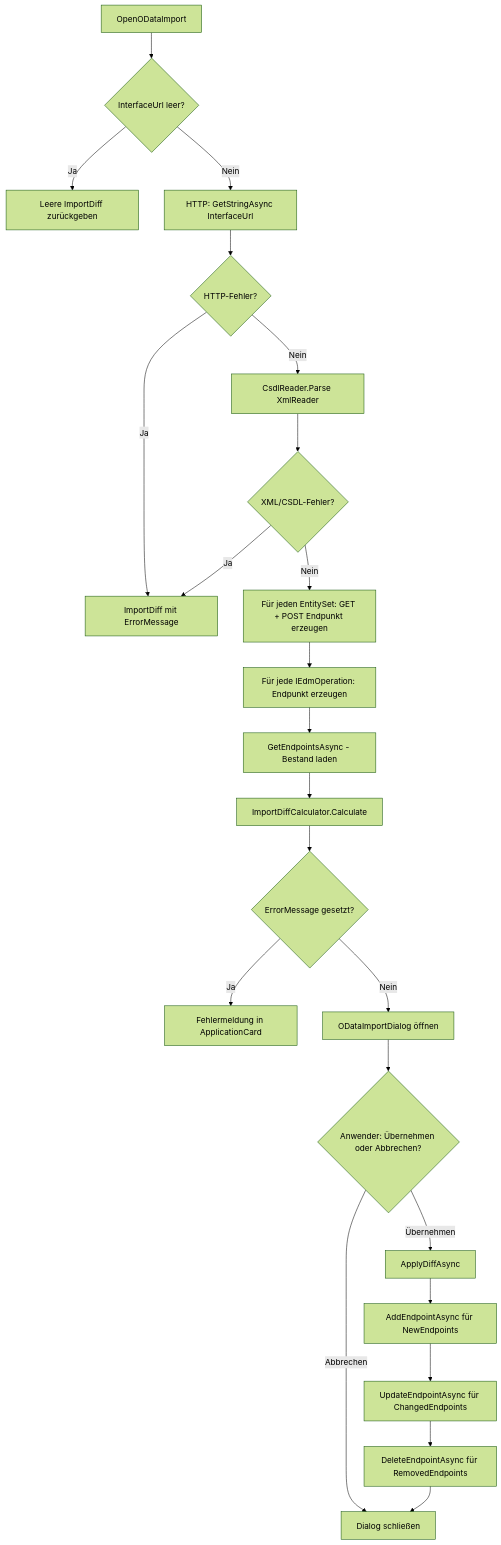
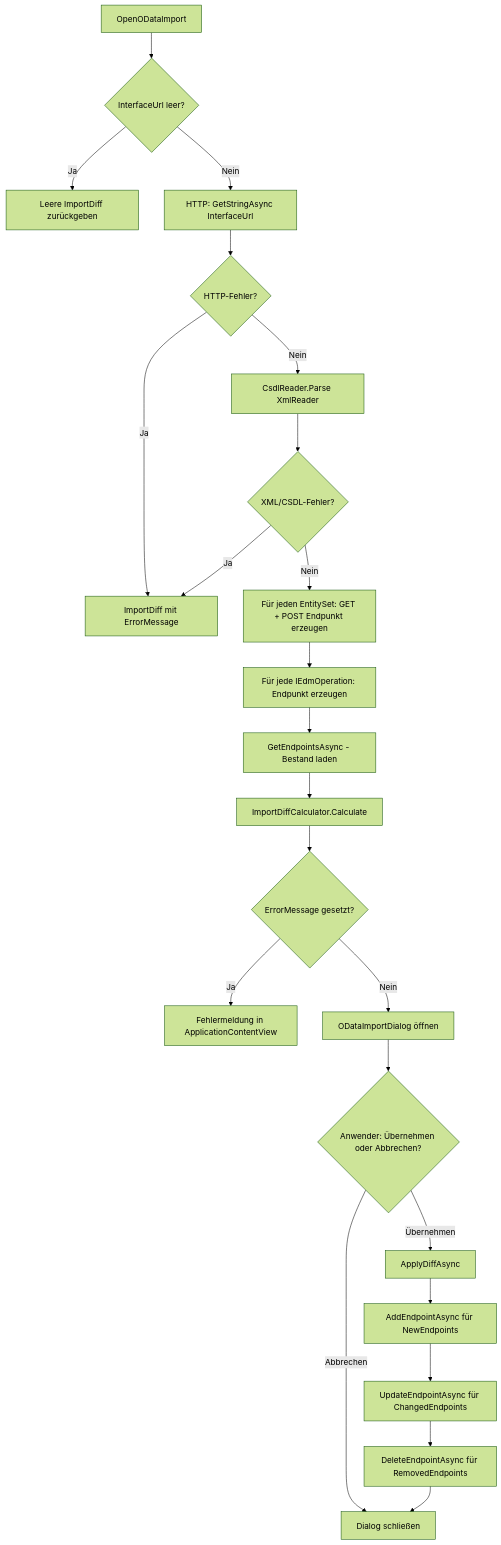
One commit to martin-stromberg/Schnittstellenzentrale changed the second of 3 diagrams in docs/help/endpunkte/ablauf-technisch.md. Above: the diagram before and after it, drawn with Mermaid (forest theme). The commit also changed other lines of this file and 27 other files, not shown here.

````diff
--- a/docs/help/endpunkte/ablauf-technisch.md
+++ b/docs/help/endpunkte/ablauf-technisch.md
@@ -390,25 +390,25 @@
 ```mermaid
 flowchart TD
     A[OpenODataImport] --> B{InterfaceUrl leer?}
     B -- Ja --> C[Leere ImportDiff zurückgeben]
     B -- Nein --> D[HTTP: GetStringAsync InterfaceUrl]
     D --> E{HTTP-Fehler?}
     E -- Ja --> F[ImportDiff mit ErrorMessage]
     E -- Nein --> G[CsdlReader.Parse XmlReader]
     G --> H{XML/CSDL-Fehler?}
     H -- Ja --> F
     H -- Nein --> I[Für jeden EntitySet: GET + POST Endpunkt erzeugen]
     I --> J[Für jede IEdmOperation: Endpunkt erzeugen]
     J --> K[GetEndpointsAsync - Bestand laden]
     K --> L[ImportDiffCalculator.Calculate]
     L --> M{ErrorMessage gesetzt?}
-    M -- Ja --> N[Fehlermeldung in ApplicationCard]
+    M -- Ja --> N[Fehlermeldung in ApplicationContentView]
     M -- Nein --> O[ODataImportDialog öffnen]
     O --> P{Anwender: Übernehmen oder Abbrechen?}
     P -- Abbrechen --> Q[Dialog schließen]
     P -- Übernehmen --> R[ApplyDiffAsync]
     R --> S[AddEndpointAsync für NewEndpoints]
     S --> T[UpdateEndpointAsync für ChangedEndpoints]
     T --> U[DeleteEndpointAsync für RemovedEndpoints]
     U --> Q
 ```
````
